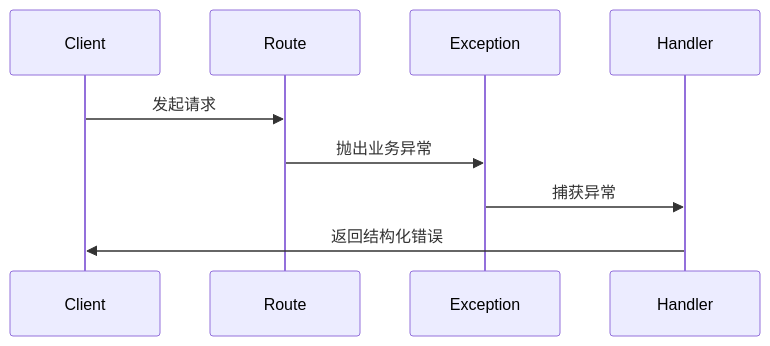
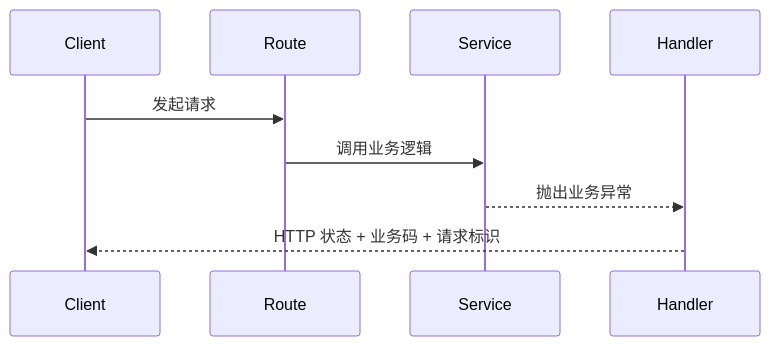
Before and after one commit to lihongyao/python-learns: the diagram in 003_高级应用/第02章 FastAPI.md, drawn with Mermaid. The commit also changed other lines of this file and 7 other files, not shown here.

````diff
--- a/003_高级应用/第02章 FastAPI.md
+++ b/003_高级应用/第02章 FastAPI.md
@@ -1215,11 +1443,11 @@
 ```mermaid
 sequenceDiagram
     participant Client
     participant Route
-    participant Exception
+    participant Service
     participant Handler
     Client->>Route: 发起请求
-    Route->>Exception: 抛出业务异常
-    Exception->>Handler: 捕获异常
-    Handler->>Client: 返回结构化错误
+    Route->>Service: 调用业务逻辑
+    Service-->>Handler: 抛出业务异常
+    Handler-->>Client: HTTP 状态 + 业务码 + 请求标识
 ```
````
